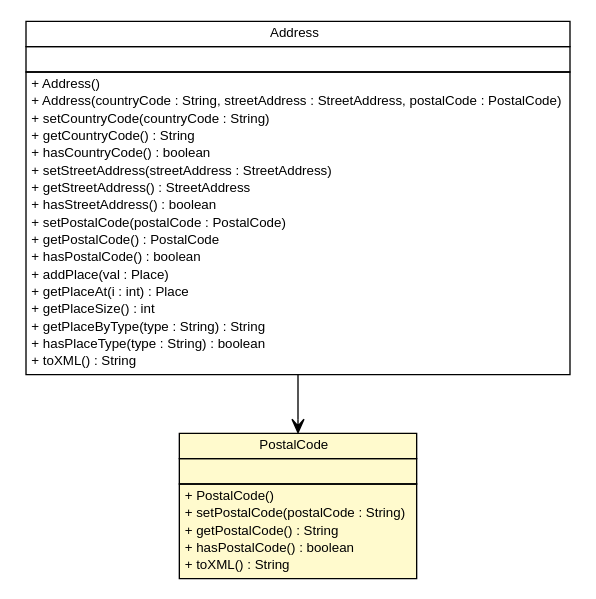
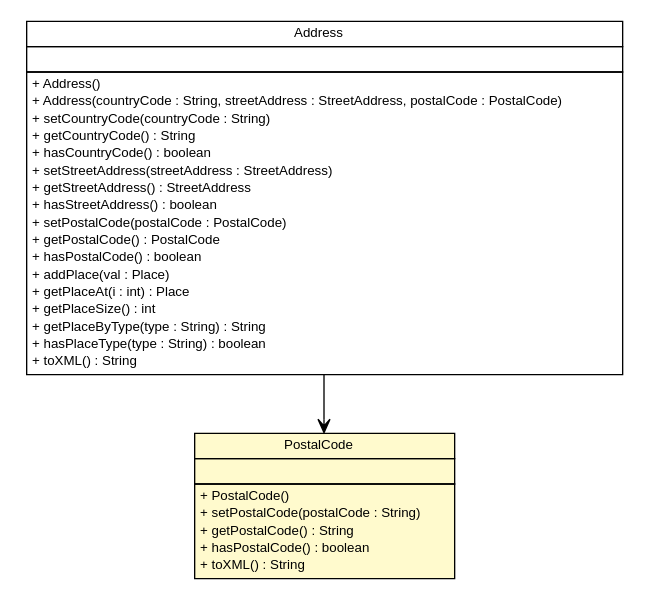
One commit to geozet/openls-databinding changed the diagram in apidocs/nl/geozet/openls/databinding/openls/PostalCode.dot. Above: the diagram before and after it, drawn with Graphviz. The commit also changed 307 other files, not shown here.

```diff
--- a/apidocs/nl/geozet/openls/databinding/openls/PostalCode.dot
+++ b/apidocs/nl/geozet/openls/databinding/openls/PostalCode.dot
@@ -1,58 +1,58 @@
 #!/usr/local/bin/dot
 #
 # Class diagram 
 # Generated by UMLGraph version R5_6-24-gf6e263 (http://www.umlgraph.org/)
 #
 
 digraph G {
-	edge [fontname="arial",fontsize=10,labelfontname="arial",labelfontsize=10];
-	node [fontname="arial",fontsize=10,shape=plaintext];
+	edge [fontname="Helvetica",fontsize=10,labelfontname="Helvetica",labelfontsize=10];
+	node [fontname="Helvetica",fontsize=10,shape=plaintext];
 	nodesep=0.25;
 	ranksep=0.5;
 	// nl.geozet.openls.databinding.openls.PostalCode
-	c320 [label=<<table title="nl.geozet.openls.databinding.openls.PostalCode" border="0" cellborder="1" cellspacing="0" cellpadding="2" port="p" bgcolor="lemonChiffon" href="./PostalCode.html">
+	c324 [label=<<table title="nl.geozet.openls.databinding.openls.PostalCode" border="0" cellborder="1" cellspacing="0" cellpadding="2" port="p" bgcolor="lemonChiffon" href="./PostalCode.html">
 		<tr><td><table border="0" cellspacing="0" cellpadding="1">
 <tr><td align="center" balign="center"> PostalCode </td></tr>
 		</table></td></tr>
 		<tr><td><table border="0" cellspacing="0" cellpadding="1">
 <tr><td align="left" balign="left">  </td></tr>
 		</table></td></tr>
 		<tr><td><table border="0" cellspacing="0" cellpadding="1">
 <tr><td align="left" balign="left"> + PostalCode() </td></tr>
 <tr><td align="left" balign="left"> + setPostalCode(postalCode : String) </td></tr>
 <tr><td align="left" balign="left"> + getPostalCode() : String </td></tr>
 <tr><td align="left" balign="left"> + hasPostalCode() : boolean </td></tr>
 <tr><td align="left" balign="left"> + toXML() : String </td></tr>
 		</table></td></tr>
-		</table>>, URL="./PostalCode.html", fontname="arial", fontcolor="black", fontsize=10.0];
+		</table>>, URL="./PostalCode.html", fontname="Helvetica", fontcolor="black", fontsize=10.0];
 	// nl.geozet.openls.databinding.openls.Address
-	c328 [label=<<table title="nl.geozet.openls.databinding.openls.Address" border="0" cellborder="1" cellspacing="0" cellpadding="2" port="p" href="./Address.html">
+	c327 [label=<<table title="nl.geozet.openls.databinding.openls.Address" border="0" cellborder="1" cellspacing="0" cellpadding="2" port="p" href="./Address.html">
 		<tr><td><table border="0" cellspacing="0" cellpadding="1">
 <tr><td align="center" balign="center"> Address </td></tr>
 		</table></td></tr>
 		<tr><td><table border="0" cellspacing="0" cellpadding="1">
 <tr><td align="left" balign="left">  </td></tr>
 		</table></td></tr>
 		<tr><td><table border="0" cellspacing="0" cellpadding="1">
 <tr><td align="left" balign="left"> + Address() </td></tr>
 <tr><td align="left" balign="left"> + Address(countryCode : String, streetAddress : StreetAddress, postalCode : PostalCode) </td></tr>
 <tr><td align="left" balign="left"> + setCountryCode(countryCode : String) </td></tr>
 <tr><td align="left" balign="left"> + getCountryCode() : String </td></tr>
 <tr><td align="left" balign="left"> + hasCountryCode() : boolean </td></tr>
 <tr><td align="left" balign="left"> + setStreetAddress(streetAddress : StreetAddress) </td></tr>
 <tr><td align="left" balign="left"> + getStreetAddress() : StreetAddress </td></tr>
 <tr><td align="left" balign="left"> + hasStreetAddress() : boolean </td></tr>
 <tr><td align="left" balign="left"> + setPostalCode(postalCode : PostalCode) </td></tr>
 <tr><td align="left" balign="left"> + getPostalCode() : PostalCode </td></tr>
 <tr><td align="left" balign="left"> + hasPostalCode() : boolean </td></tr>
 <tr><td align="left" balign="left"> + addPlace(val : Place) </td></tr>
 <tr><td align="left" balign="left"> + getPlaceAt(i : int) : Place </td></tr>
 <tr><td align="left" balign="left"> + getPlaceSize() : int </td></tr>
 <tr><td align="left" balign="left"> + getPlaceByType(type : String) : String </td></tr>
 <tr><td align="left" balign="left"> + hasPlaceType(type : String) : boolean </td></tr>
 <tr><td align="left" balign="left"> + toXML() : String </td></tr>
 		</table></td></tr>
-		</table>>, URL="./Address.html", fontname="arial", fontcolor="black", fontsize=10.0];
+		</table>>, URL="./Address.html", fontname="Helvetica", fontcolor="black", fontsize=10.0];
 	// nl.geozet.openls.databinding.openls.Address NAVASSOC nl.geozet.openls.databinding.openls.PostalCode
-	c328:p -> c320:p [taillabel="", label="", headlabel="", fontname="arial", fontcolor="black", fontsize=10.0, color="black", arrowhead=open];
+	c327:p -> c324:p [taillabel="", label="", headlabel="", fontname="Helvetica", fontcolor="black", fontsize=10.0, color="black", arrowhead=open];
 }
```
